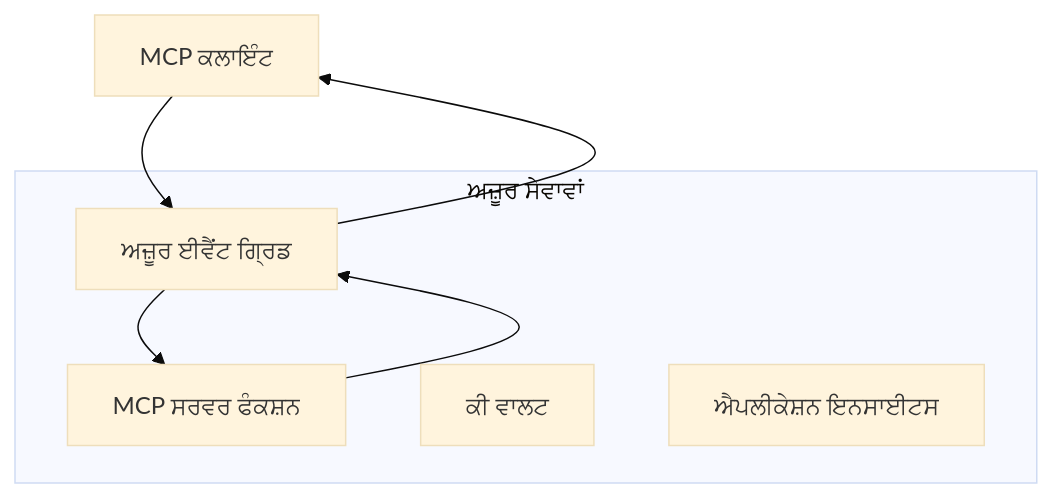
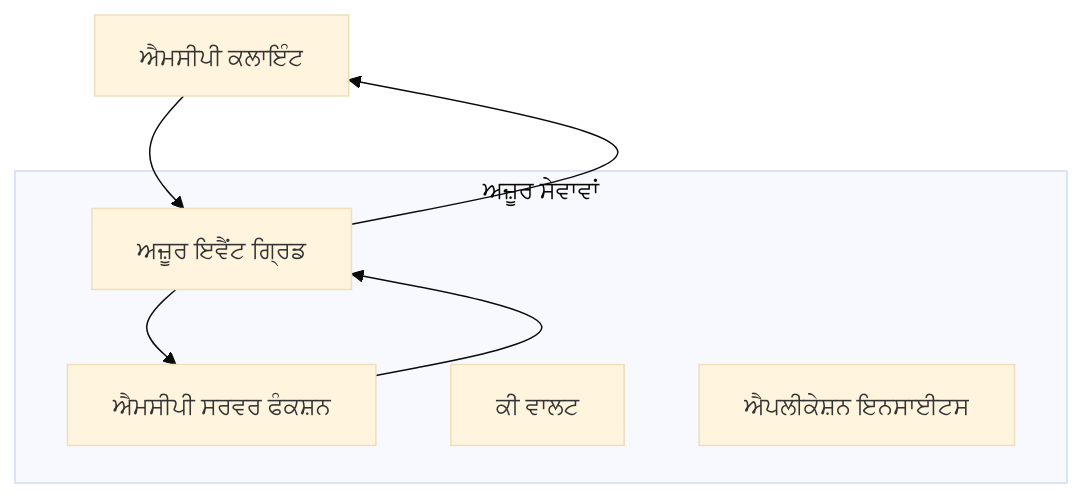
One commit to HIDORAKAI002/ai-workspace-archive changed the first of 2 diagrams in mcp_ecosystem__model_context_protocol/mcp_learning_resources/mcp-for-beginners/translations/pa/05-AdvancedTopics/mcp-transport/README.md. Above: the diagram before and after it, drawn with Mermaid (base theme). The commit also changed other lines of this file and 1046 other files, not shown here.

````diff
--- a/mcp_ecosystem__model_context_protocol/mcp_learning_resources/mcp-for-beginners/translations/pa/05-AdvancedTopics/mcp-transport/README.md
+++ b/mcp_ecosystem__model_context_protocol/mcp_learning_resources/mcp-for-beginners/translations/pa/05-AdvancedTopics/mcp-transport/README.md
@@ -58,14 +60,14 @@
 ```mermaid
 graph TB
-    Client[MCP ਕਲਾਇੰਟ] --> EG[ਅਜ਼ੂਰ ਈਵੈਂਟ ਗ੍ਰਿਡ]
-    EG --> Server[MCP ਸਰਵਰ ਫੰਕਸ਼ਨ]
+    Client[ਐਮਸੀਪੀ ਕਲਾਇੰਟ] --> EG[ਅਜ਼ੂਰ ਇਵੈਂਟ ਗ੍ਰਿਡ]
+    EG --> Server[ਐਮਸੀਪੀ ਸਰਵਰ ਫੰਕਸ਼ਨ]
     Server --> EG
     EG --> Client
     
     subgraph "ਅਜ਼ੂਰ ਸੇਵਾਵਾਂ"
         EG
         Server
         KV[ਕੀ ਵਾਲਟ]
         Monitor[ਐਪਲੀਕੇਸ਼ਨ ਇਨਸਾਈਟਸ]
     end
 ```
````
